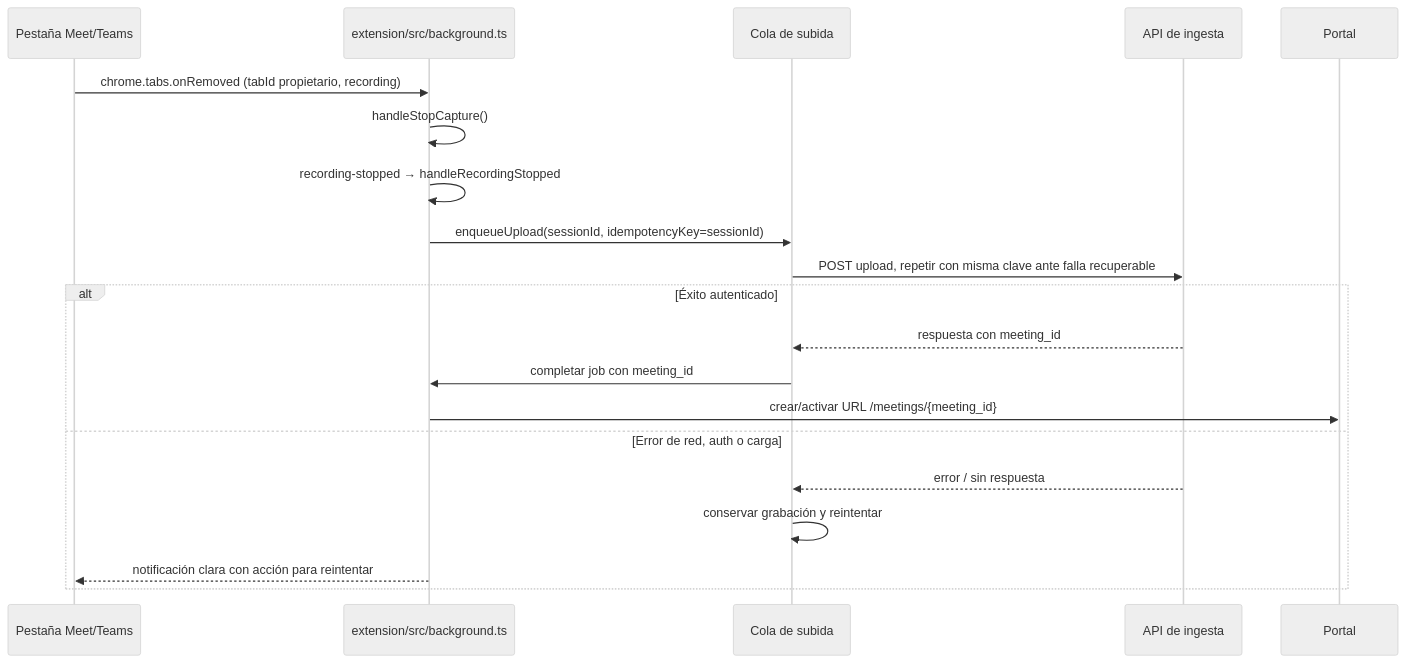
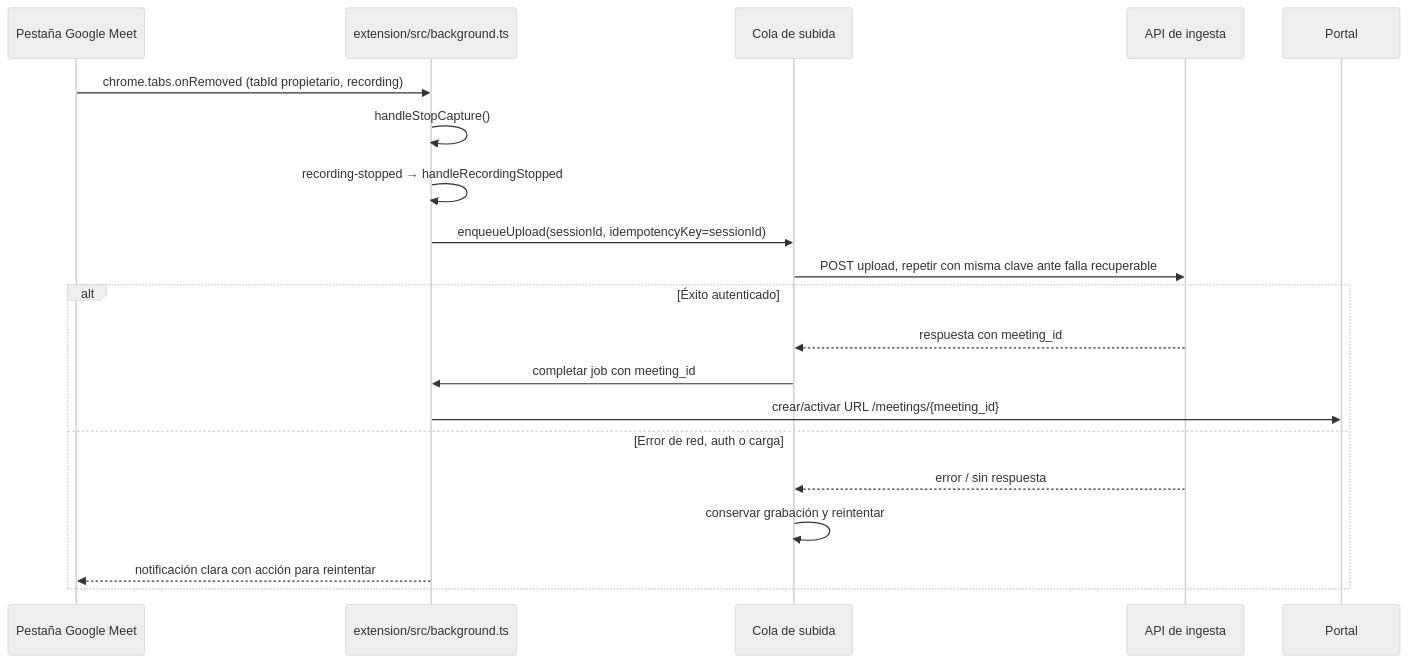
Before and after one commit to lufermalgo/sauri: the second of 2 diagrams in .spectra/specs/portal-visual-design/design.md, drawn with Mermaid (neutral theme). The commit also changed other lines of this file, not shown here.

````diff
--- a/.spectra/specs/portal-visual-design/design.md
+++ b/.spectra/specs/portal-visual-design/design.md
@@ -51,22 +51,22 @@
 ```mermaid
 sequenceDiagram
-  participant T as Pestaña Meet/Teams
+  participant T as Pestaña Google Meet
   participant SW as extension/src/background.ts
   participant Q as Cola de subida
   participant API as API de ingesta
   participant P as Portal
   T->>SW: chrome.tabs.onRemoved (tabId propietario, recording)
   SW->>SW: handleStopCapture()
   SW->>SW: recording-stopped → handleRecordingStopped
   SW->>Q: enqueueUpload(sessionId, idempotencyKey=sessionId)
   Q->>API: POST upload, repetir con misma clave ante falla recuperable
   alt Éxito autenticado
     API-->>Q: respuesta con meeting_id
     Q->>SW: completar job con meeting_id
     SW->>P: crear/activar URL /meetings/{meeting_id}
   else Error de red, auth o carga
     API-->>Q: error / sin respuesta
     Q->>Q: conservar grabación y reintentar
     SW-->>T: notificación clara con acción para reintentar
   end
 ```
````
